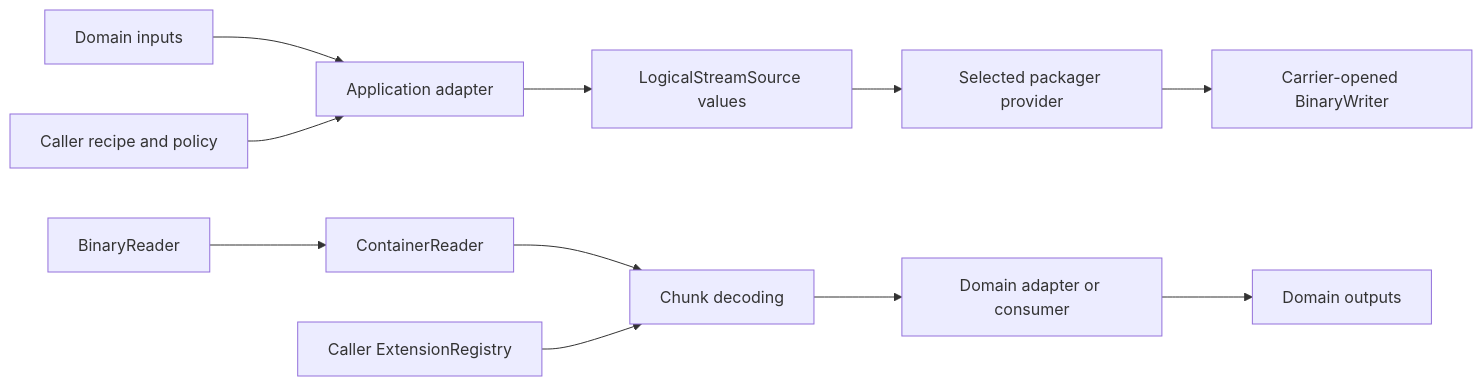
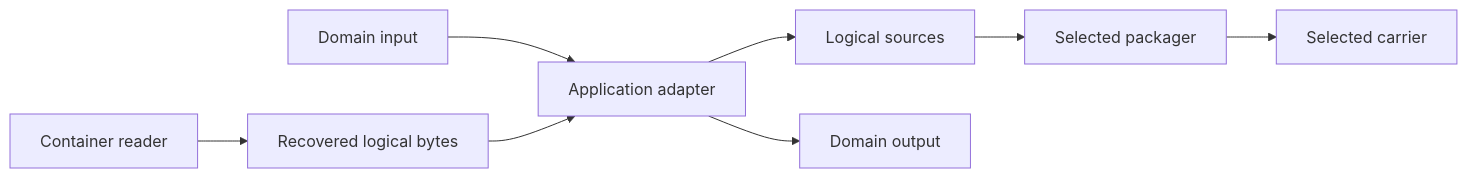
The diagram in docs/extensions/archivers.md (SmolBlackHole/Obst), drawn with Mermaid before and after one commit. The commit also changed other lines of this file and 73 other files, not shown here.

````diff
--- a/docs/extensions/archivers.md
+++ b/docs/extensions/archivers.md
@@ -23,14 +26,11 @@
 ```mermaid
 flowchart LR
-    Inputs["Domain inputs"] --> Adapter["Application adapter"]
-    Policy["Caller recipe and policy"] --> Adapter
-    Adapter --> Sources["LogicalStreamSource values"]
-    Sources --> Packager["Selected packager provider"]
-    Packager --> Endpoint["Carrier-opened BinaryWriter"]
+    Domain["Domain input"] --> Adapter["Application adapter"]
+    Adapter --> Sources["Logical sources"]
+    Sources --> Packager["Selected packager"]
+    Packager --> Carrier["Selected carrier"]
 
-    Input["BinaryReader"] --> Reader["ContainerReader"]
-    Reader --> Decode["Chunk decoding"]
-    Registry["Caller ExtensionRegistry"] --> Decode
-    Decode --> Consumer["Domain adapter or consumer"]
-    Consumer --> Outputs["Domain outputs"]
+    Reader["Container reader"] --> Bytes["Recovered logical bytes"]
+    Bytes --> Adapter
+    Adapter --> Output["Domain output"]
 ```
````
